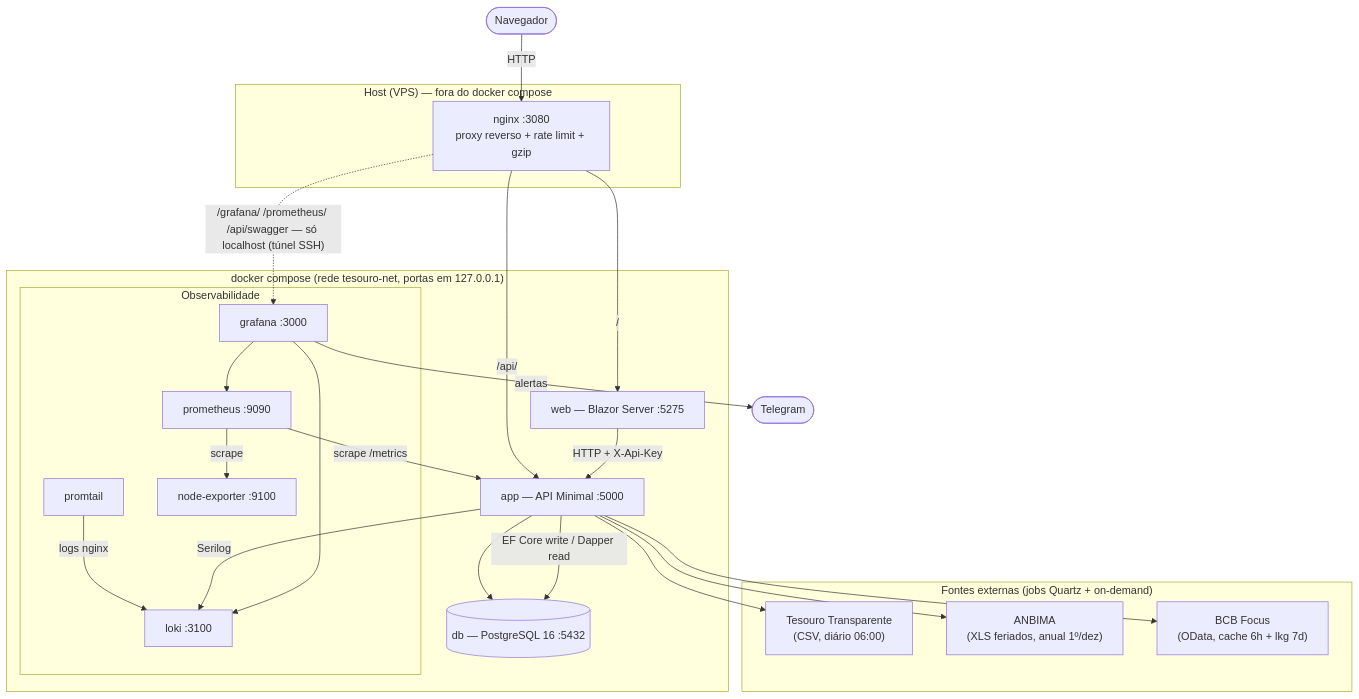
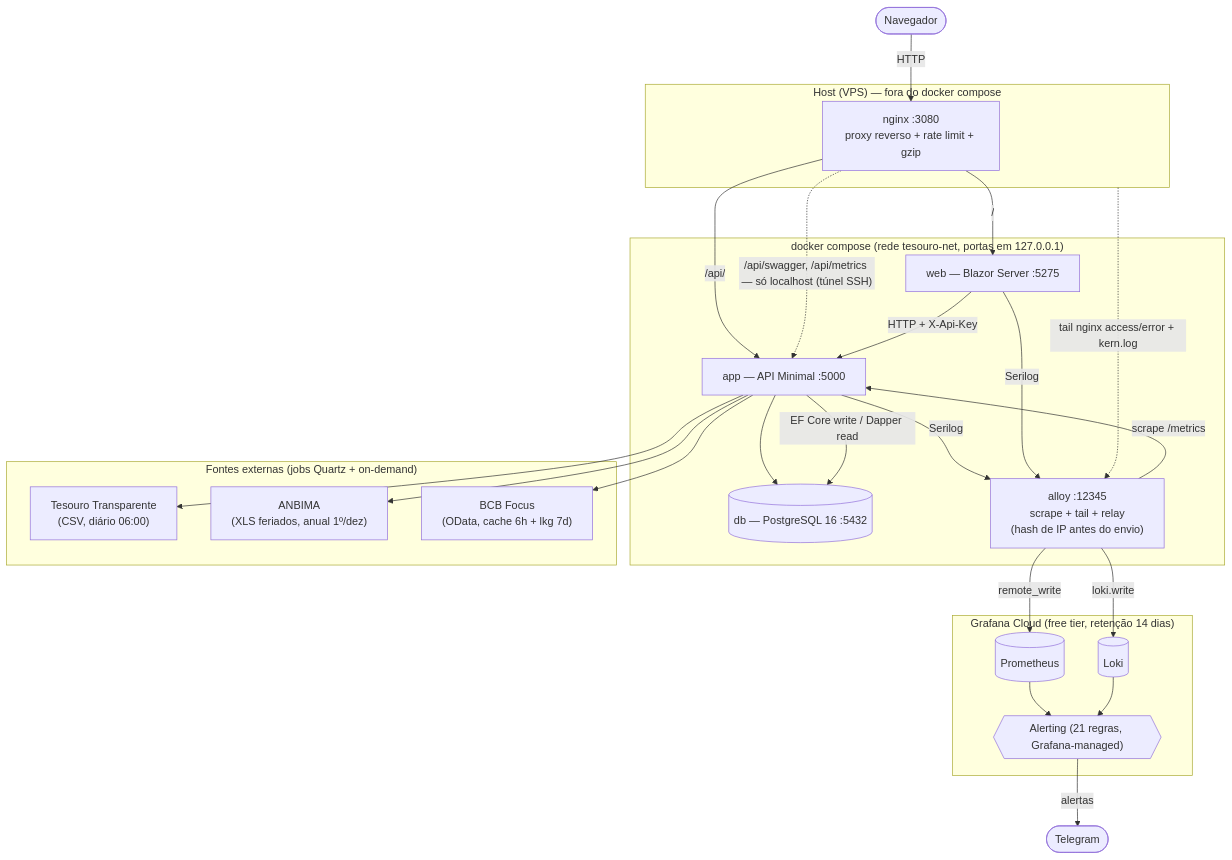
One commit to renatojsilvas/tesouro-direto changed the diagram in README.md. Above: the diagram before and after it, drawn with Mermaid. The commit also changed other lines of this file and 15 other files, not shown here.

````diff
--- a/README.md
+++ b/README.md
@@ -23,49 +23,50 @@
 ```mermaid
 flowchart TB
     browser([Navegador])
 
     subgraph host["Host (VPS) — fora do docker compose"]
         nginx["nginx :3080<br/>proxy reverso + rate limit + gzip"]
     end
 
     subgraph compose["docker compose (rede tesouro-net, portas em 127.0.0.1)"]
         web["web — Blazor Server :5275"]
         app["app — API Minimal :5000"]
         db[("db — PostgreSQL 16 :5432")]
-
-        subgraph obs["Observabilidade"]
-            prometheus["prometheus :9090"]
-            loki["loki :3100"]
-            promtail["promtail"]
-            grafana["grafana :3000"]
-            nodeexporter["node-exporter :9100"]
-        end
+        alloy["alloy :12345<br/>scrape + tail + relay<br/>(hash de IP antes do envio)"]
     end
 
     subgraph ext["Fontes externas (jobs Quartz + on-demand)"]
         tesouro["Tesouro Transparente<br/>(CSV, diário 06:00)"]
         anbima["ANBIMA<br/>(XLS feriados, anual 1º/dez)"]
         bcb["BCB Focus<br/>(OData, cache 6h + lkg 7d)"]
     end
 
+    subgraph cloud["Grafana Cloud (free tier, retenção 14 dias)"]
+        gcprom[("Prometheus")]
+        gcloki[("Loki")]
+        gcalert{{"Alerting (21 regras, Grafana-managed)"}}
+    end
+
     telegram([Telegram])
 
     browser -->|HTTP| nginx
     nginx -->|"/"| web
     nginx -->|"/api/"| app
-    nginx -.->|"/grafana/ /prometheus/ /api/swagger — só localhost (túnel SSH)"| grafana
+    nginx -.->|"/api/swagger, /api/metrics — só localhost (túnel SSH)"| app
     web -->|HTTP + X-Api-Key| app
     app --> db
     app -->|EF Core write / Dapper read| db
     app --> tesouro
     app --> anbima
     app --> bcb
 
-    prometheus -->|scrape /metrics| app
-    prometheus -->|scrape| nodeexporter
-    promtail -->|logs nginx| loki
-    app -->|Serilog| loki
-    grafana --> prometheus
-    grafana --> loki
-    grafana -->|alertas| telegram
+    alloy -->|scrape /metrics| app
+    app -->|Serilog| alloy
+    web -->|Serilog| alloy
+    host -.->|"tail nginx access/error + kern.log"| alloy
+    alloy -->|remote_write| gcprom
+    alloy -->|loki.write| gcloki
+    gcprom --> gcalert
+    gcloki --> gcalert
+    gcalert -->|alertas| telegram
 ```
````
